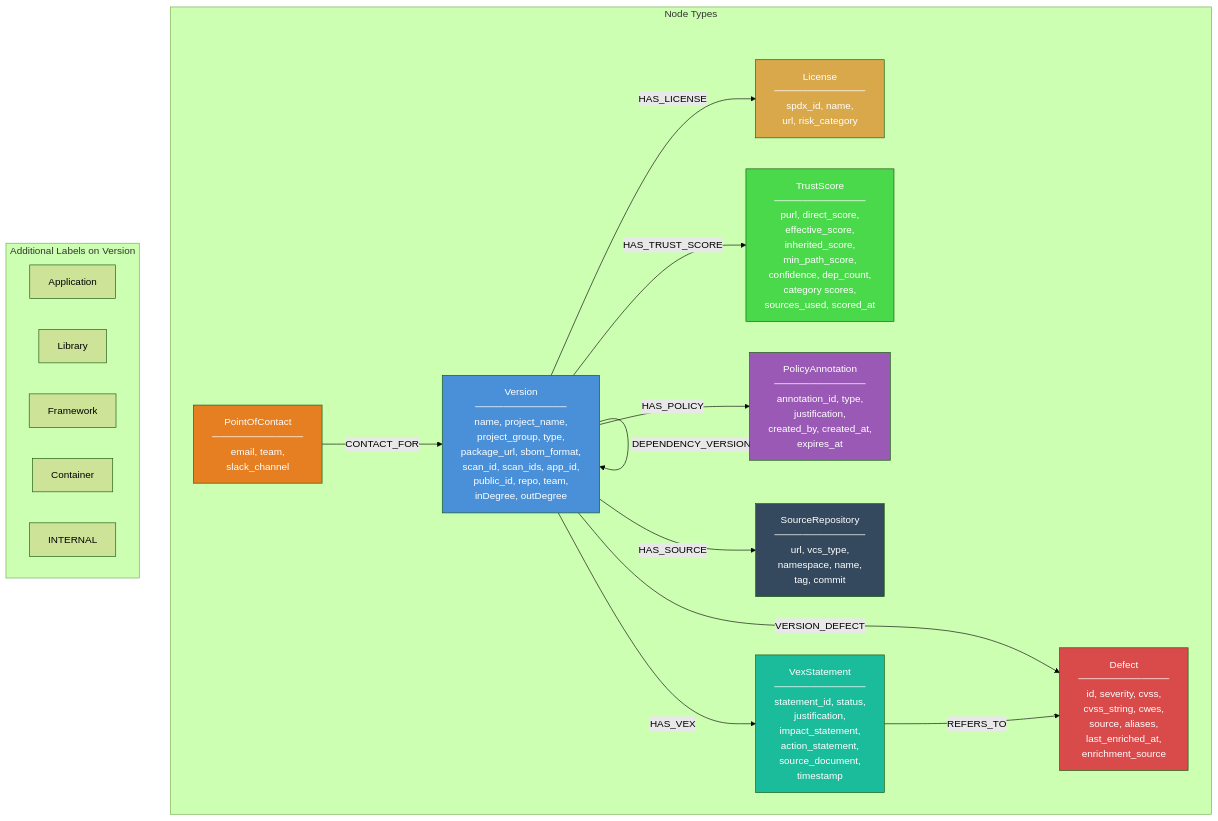
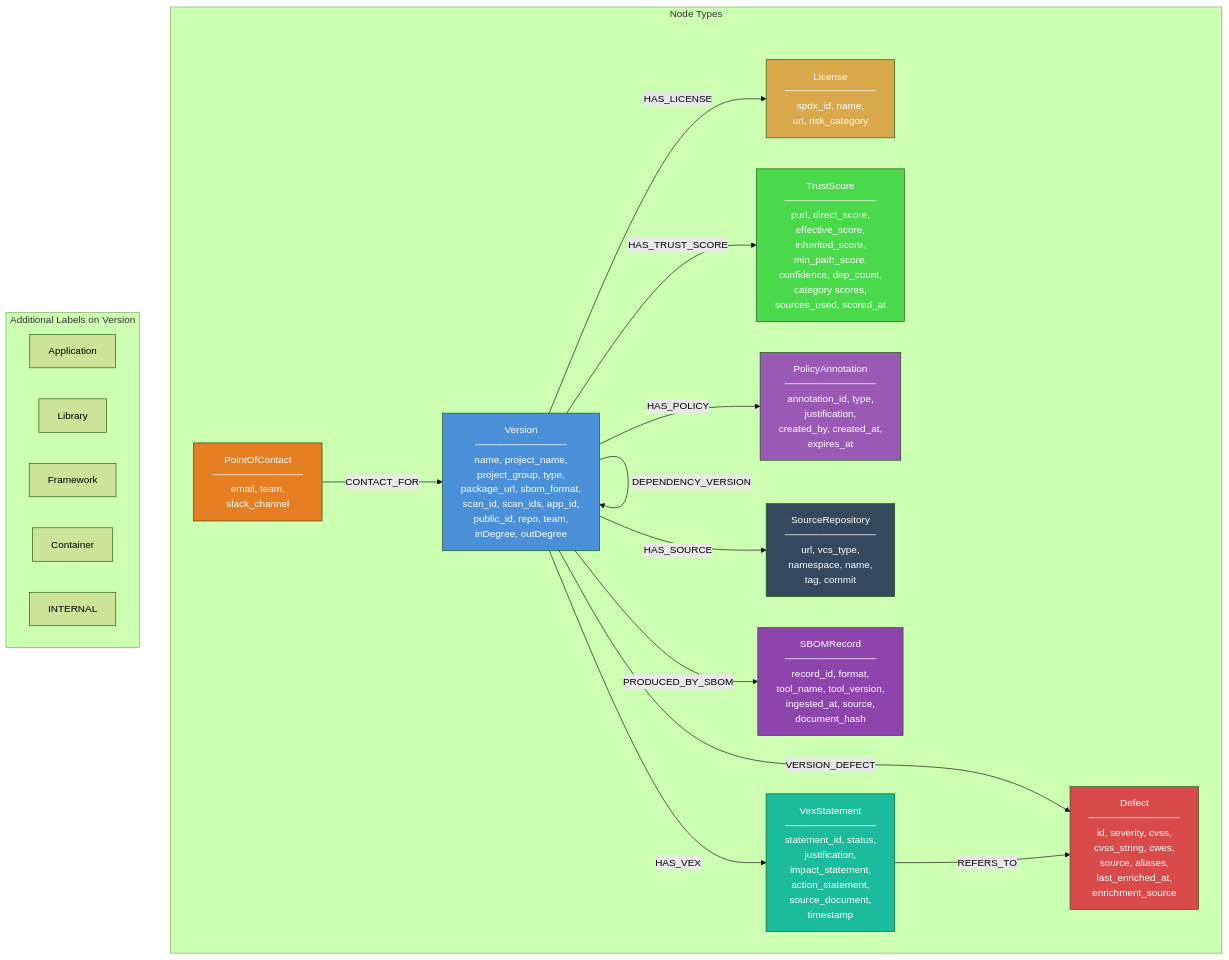
Before and after one commit to mimecast/sbom-graph: the third of 4 diagrams in SPECIFICATION.md, drawn with Mermaid (forest theme). The commit also changed other lines of this file and 142 other files, not shown here.

First line of the commit message:
Roadmap implementation: new CLI subproject, expanded API features, and cross-project quality hardening

````diff
--- a/SPECIFICATION.md
+++ b/SPECIFICATION.md
@@ -542,40 +582,43 @@
 ```mermaid
 graph TD
     subgraph "Node Types"
         V["Version<br/>─────────────<br/>name, project_name,<br/>project_group, type,<br/>package_url, sbom_format,<br/>scan_id, scan_ids, app_id,<br/>public_id, repo, team,<br/>inDegree, outDegree"]
         D["Defect<br/>─────────────<br/>id, severity, cvss,<br/>cvss_string, cwes,<br/>source, aliases,<br/>last_enriched_at,<br/>enrichment_source"]
         L["License<br/>─────────────<br/>spdx_id, name,<br/>url, risk_category"]
         T["TrustScore<br/>─────────────<br/>purl, direct_score,<br/>effective_score,<br/>inherited_score,<br/>min_path_score,<br/>confidence, dep_count,<br/>category scores,<br/>sources_used, scored_at"]
         P["PolicyAnnotation<br/>─────────────<br/>annotation_id, type,<br/>justification,<br/>created_by, created_at,<br/>expires_at"]
         VX["VexStatement<br/>─────────────<br/>statement_id, status,<br/>justification,<br/>impact_statement,<br/>action_statement,<br/>source_document,<br/>timestamp"]
         POC["PointOfContact<br/>─────────────<br/>email, team,<br/>slack_channel"]
         SR["SourceRepository<br/>─────────────<br/>url, vcs_type,<br/>namespace, name,<br/>tag, commit"]
+        SB["SBOMRecord<br/>─────────────<br/>record_id, format,<br/>tool_name, tool_version,<br/>ingested_at, source,<br/>document_hash"]
     end
 
     subgraph "Additional Labels on Version"
         AL1[Application]
         AL2[Library]
         AL3[Framework]
         AL4[Container]
         AL5[INTERNAL]
     end
 
     V -->|"DEPENDENCY_VERSION"| V
     V -->|"VERSION_DEFECT"| D
     V -->|"HAS_LICENSE"| L
     V -->|"HAS_TRUST_SCORE"| T
     V -->|"HAS_POLICY"| P
     V -->|"HAS_VEX"| VX
     V -->|"HAS_SOURCE"| SR
+    V -->|"PRODUCED_BY_SBOM"| SB
     VX -->|"REFERS_TO"| D
     POC -->|"CONTACT_FOR"| V
 
     style V fill:#4a90d9,color:#fff
     style D fill:#d94a4a,color:#fff
     style L fill:#d9a84a,color:#fff
     style T fill:#4ad94a,color:#fff
     style P fill:#9b59b6,color:#fff
     style VX fill:#1abc9c,color:#fff
     style POC fill:#e67e22,color:#fff
     style SR fill:#34495e,color:#fff
+    style SB fill:#8e44ad,color:#fff
 ```
````
